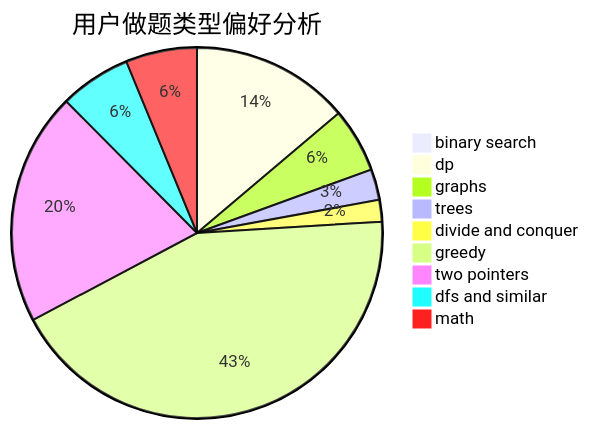
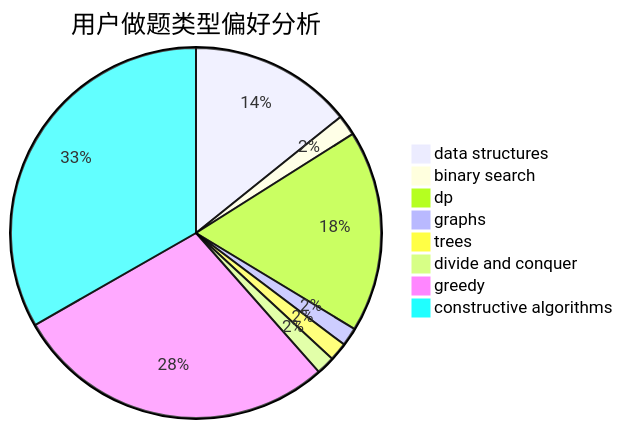
One commit to sherpahu/cfrs.github.io changed the second of 3 diagrams in docs/user/u1509.md. Above: the diagram before and after it, drawn with Mermaid. The commit also changed other lines of this file and 2775 other files, not shown here.

````diff
--- a/docs/user/u1509.md
+++ b/docs/user/u1509.md
@@ -23,12 +23,11 @@
 ```mermaid
 pie title 用户做题类型偏好分析
-    "binary search" :  11
-    "dp" :  160
-    "graphs" :  65
-    "trees" :  31
-    "divide and conquer" :  22
-    "greedy" :  500
-    "two pointers" :  235
-    "dfs and similar" :  72
-    "math" :  72
+    "data structures" :  71
+    "binary search" :  9
+    "dp" :  88
+    "graphs" :  8
+    "trees" :  8
+    "divide and conquer" :  8
+    "greedy" :  141
+    "constructive algorithms" :  166
 ```
````
